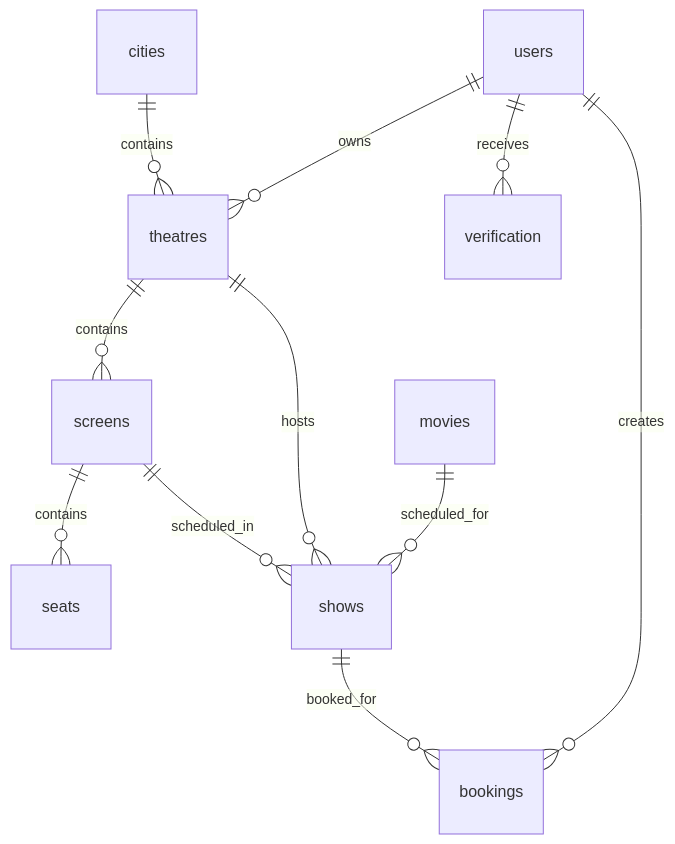
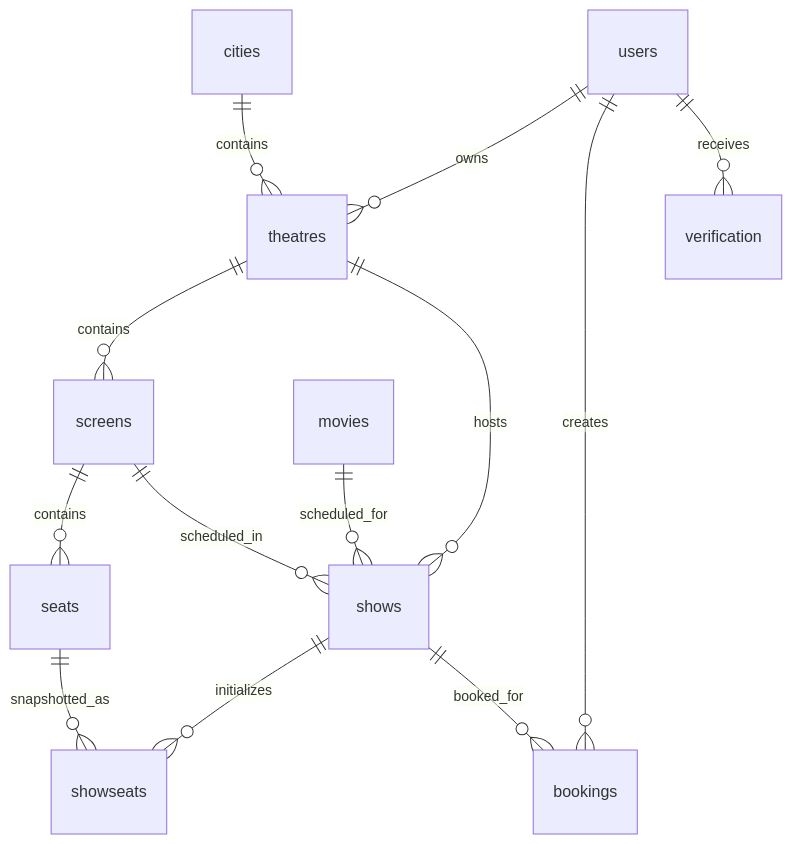
Before and after one commit to Shravan-509/BookMyShow: the diagram in docs/DATABASE.md, drawn with Mermaid. The commit also changed other lines of this file and 10 other files, not shown here.

````diff
--- a/docs/DATABASE.md
+++ b/docs/DATABASE.md
@@ -30,13 +31,15 @@
 ```mermaid
 erDiagram
     users ||--o{ theatres : owns
     cities ||--o{ theatres : contains
     theatres ||--o{ screens : contains
     screens ||--o{ seats : contains
+    seats ||--o{ showseats : snapshotted_as
     users ||--o{ bookings : creates
     users ||--o{ verification : receives
     movies ||--o{ shows : scheduled_for
     theatres ||--o{ shows : hosts
     screens ||--o{ shows : scheduled_in
+    shows ||--o{ showseats : initializes
     shows ||--o{ bookings : booked_for
 ```
````
